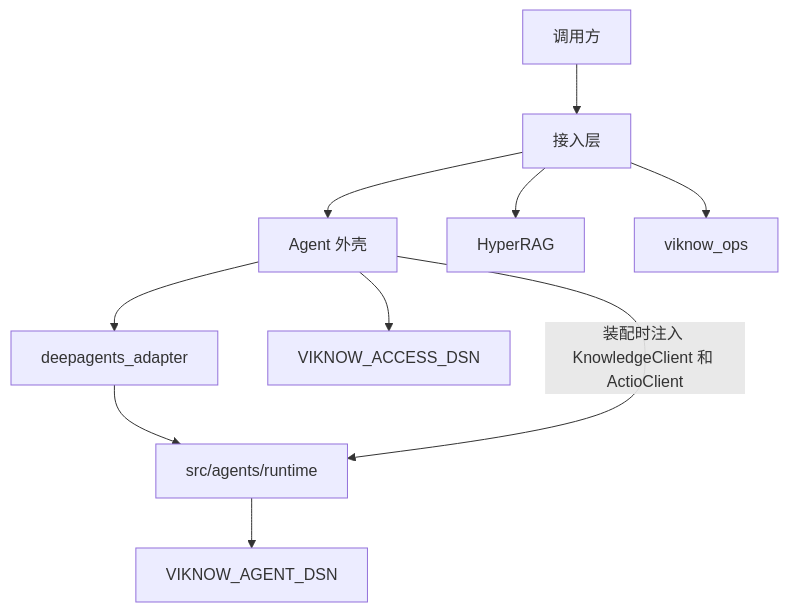
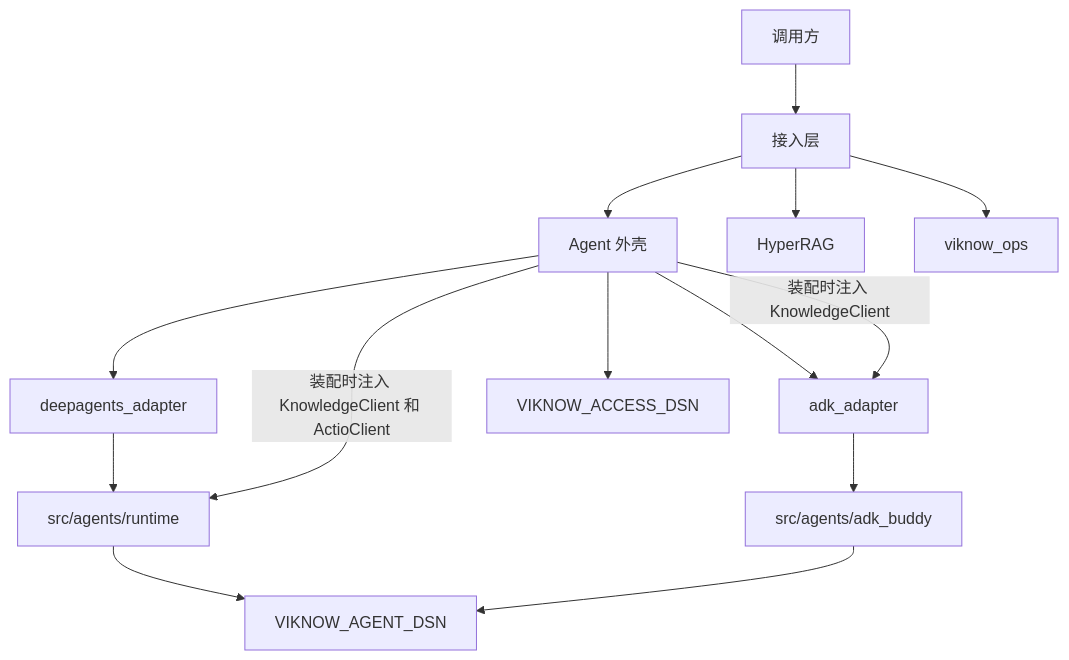
One commit to bigwubro/viknow-cloud-agent-bridge changed the diagram in viknow3-work/docs/overview.md. Above: the diagram before and after it, drawn with Mermaid. The commit also changed other lines of this file and 25 other files, not shown here.

First line of the commit message:
Add an ADK knowledge agent with its own profile.

````diff
--- a/viknow3-work/docs/overview.md
+++ b/viknow3-work/docs/overview.md
@@ -24,21 +24,26 @@
 ```mermaid
 flowchart TB
   caller["调用方"]
   access["接入层"]
   agent["Agent 外壳"]
   adapter["deepagents_adapter"]
   runtime["src/agents/runtime"]
+  adk["adk_adapter"]
+  adkrt["src/agents/adk_buddy"]
   knowledge["HyperRAG"]
   ops["viknow_ops"]
   accessDb["VIKNOW_ACCESS_DSN"]
   agentDb["VIKNOW_AGENT_DSN"]
 
   caller --> access
   access --> agent
   access --> knowledge
   access --> ops
   agent --> adapter --> runtime
+  agent --> adk --> adkrt
   agent --> accessDb
   runtime --> agentDb
+  adkrt --> agentDb
   agent -->|"装配时注入 KnowledgeClient 和 ActioClient"| runtime
+  agent -->|"装配时注入 KnowledgeClient"| adk
 ```
````
